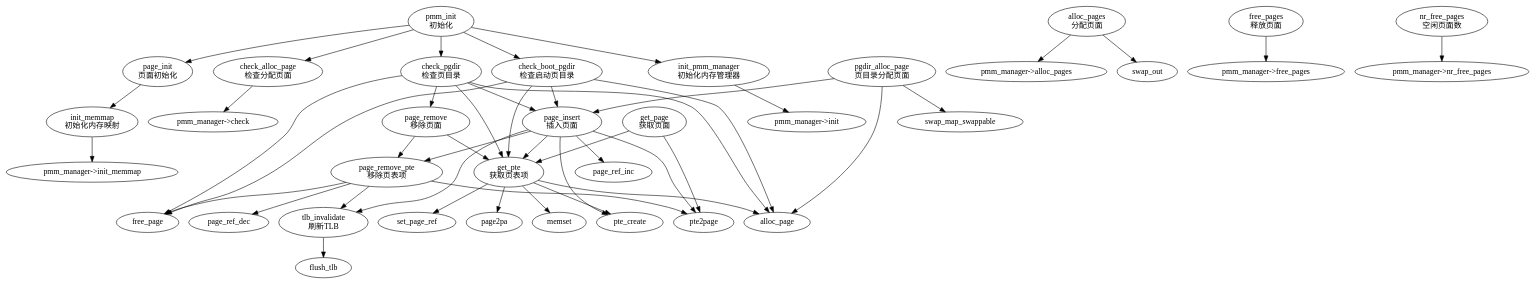
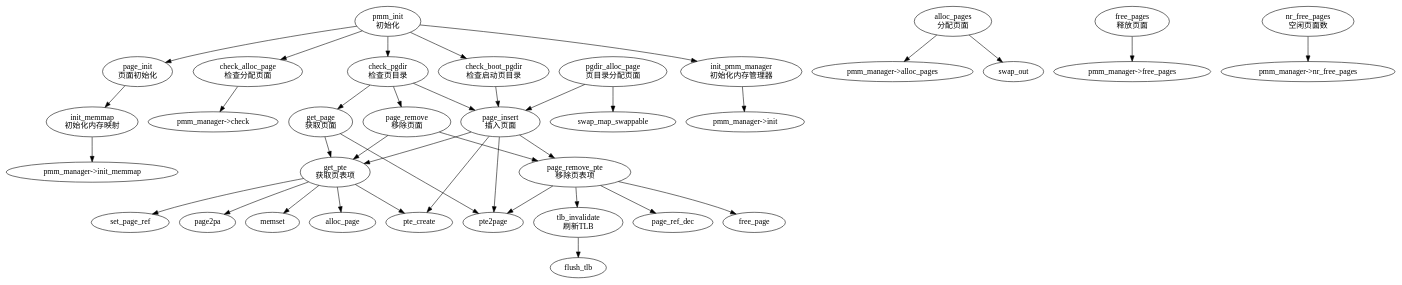
The diagram in showPMM.dot (2212323/OSlab), drawn with Graphviz before and after one commit. The commit also changed 6 other files, not shown here.

```diff
--- a/showPMM.dot
+++ b/showPMM.dot
@@ -1,81 +1,82 @@
 digraph G {
     "pmm_init" [label="pmm_init\n初始化"];
     "init_pmm_manager" [label="init_pmm_manager\n初始化内存管理器"];
     "page_init" [label="page_init\n页面初始化"];
     "check_alloc_page" [label="check_alloc_page\n检查分配页面"];
     "check_pgdir" [label="check_pgdir\n检查页目录"];
     "check_boot_pgdir" [label="check_boot_pgdir\n检查启动页目录"];
 
     "pmm_init" -> "init_pmm_manager";
     "pmm_init" -> "page_init";
     "pmm_init" -> "check_alloc_page";
     "pmm_init" -> "check_pgdir";
     "pmm_init" -> "check_boot_pgdir";
 
     "init_pmm_manager" -> "pmm_manager->init";
 
     "page_init" -> "init_memmap";
 
     "init_memmap" [label="init_memmap\n初始化内存映射"];
     "init_memmap" -> "pmm_manager->init_memmap";
 
     "alloc_pages" [label="alloc_pages\n分配页面"];
     "alloc_pages" -> "pmm_manager->alloc_pages";
     "alloc_pages" -> "swap_out";
 
     "free_pages" [label="free_pages\n释放页面"];
     "free_pages" -> "pmm_manager->free_pages";
 
     "nr_free_pages" [label="nr_free_pages\n空闲页面数"];
     "nr_free_pages" -> "pmm_manager->nr_free_pages";
 
     "check_alloc_page" -> "pmm_manager->check";
 
-    "check_pgdir" -> "alloc_page";
+    //"check_pgdir" -> "alloc_page";
+    "check_pgdir" -> "get_page";
     "check_pgdir" -> "page_insert";
-    "check_pgdir" -> "get_pte";
+    //"check_pgdir" -> "get_pte";
     "check_pgdir" -> "page_remove";
-    "check_pgdir" -> "free_page";
+    //"check_pgdir" -> "free_page";
 
-    "check_boot_pgdir" -> "alloc_page";
+    //"check_boot_pgdir" -> "alloc_page";
     "check_boot_pgdir" -> "page_insert";
-    "check_boot_pgdir" -> "get_pte";
-    "check_boot_pgdir" -> "free_page";
+    //"check_boot_pgdir" -> "get_pte";
+    //"check_boot_pgdir" -> "free_page";
 
     "get_pte" [label="get_pte\n获取页表项"];
     "get_pte" -> "alloc_page";
     "get_pte" -> "set_page_ref";
     "get_pte" -> "page2pa";
     "get_pte" -> "memset";
     "get_pte" -> "pte_create";
 
     "get_page" [label="get_page\n获取页面"];
     "get_page" -> "get_pte";
     "get_page" -> "pte2page";
 
     "page_remove_pte" [label="page_remove_pte\n移除页表项"];
     "page_remove_pte" -> "pte2page";
     "page_remove_pte" -> "page_ref_dec";
     "page_remove_pte" -> "free_page";
     "page_remove_pte" -> "tlb_invalidate";
 
     "page_remove" [label="page_remove\n移除页面"];
     "page_remove" -> "get_pte";
     "page_remove" -> "page_remove_pte";
 
     "page_insert" [label="page_insert\n插入页面"];
     "page_insert" -> "get_pte";
-    "page_insert" -> "page_ref_inc";
+    //"page_insert" -> "page_ref_inc";
     "page_insert" -> "pte2page";
     "page_insert" -> "page_remove_pte";
     "page_insert" -> "pte_create";
-    "page_insert" -> "tlb_invalidate";
+    //"page_insert" -> "tlb_invalidate";
 
     "pgdir_alloc_page" [label="pgdir_alloc_page\n页目录分配页面"];
-    "pgdir_alloc_page" -> "alloc_page";
+    //"pgdir_alloc_page" -> "alloc_page";
     "pgdir_alloc_page" -> "page_insert";
     "pgdir_alloc_page" -> "swap_map_swappable";
 
     "tlb_invalidate" [label="tlb_invalidate\n刷新TLB"];
     "tlb_invalidate" -> "flush_tlb";
 }
```
